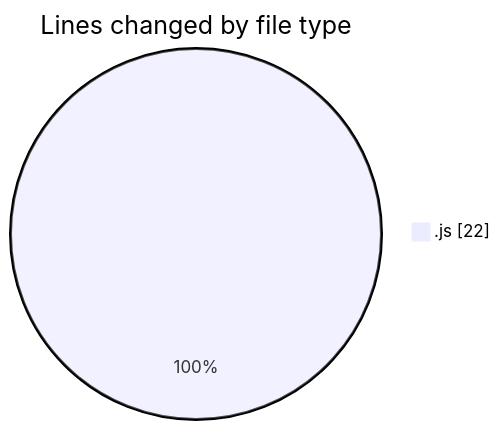
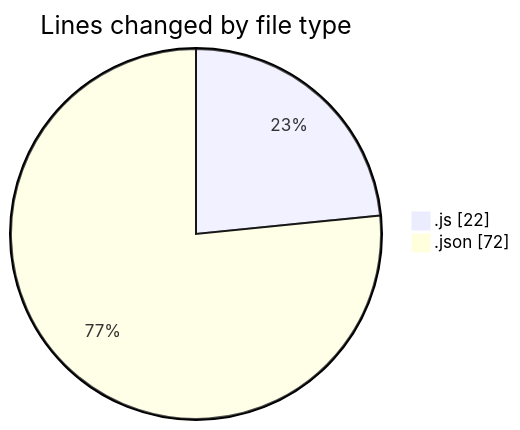
Before and after one commit to momahboobian/code-tracking: the first of 2 diagrams in 2025-01-31/cda/README.md, drawn with Mermaid. The commit also changed other lines of this file and 1 other file, not shown here.

````diff
--- a/2025-01-31/cda/README.md
+++ b/2025-01-31/cda/README.md
@@ -20,5 +21,6 @@
 ```mermaid
 pie showData
 title Lines changed by file type
 ".js" : 22
+".json" : 72
 ```
````
